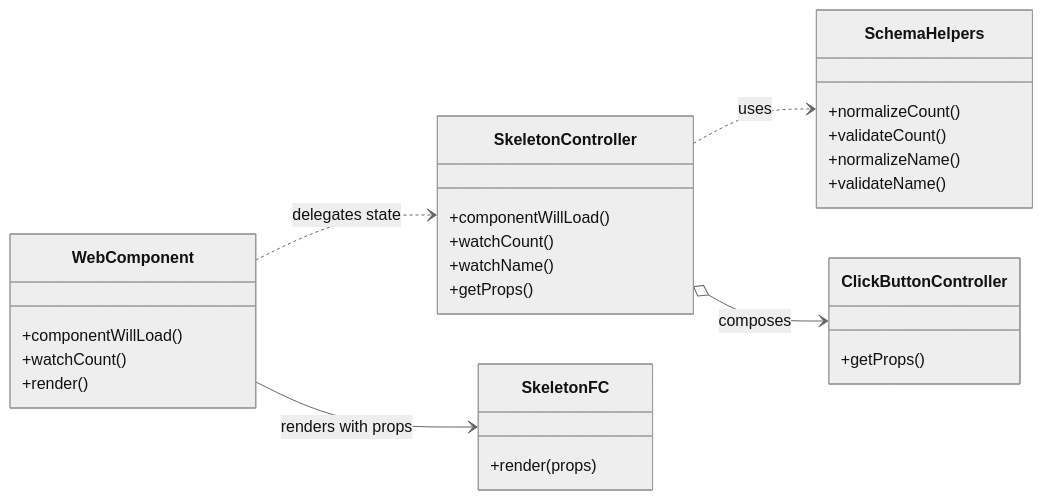
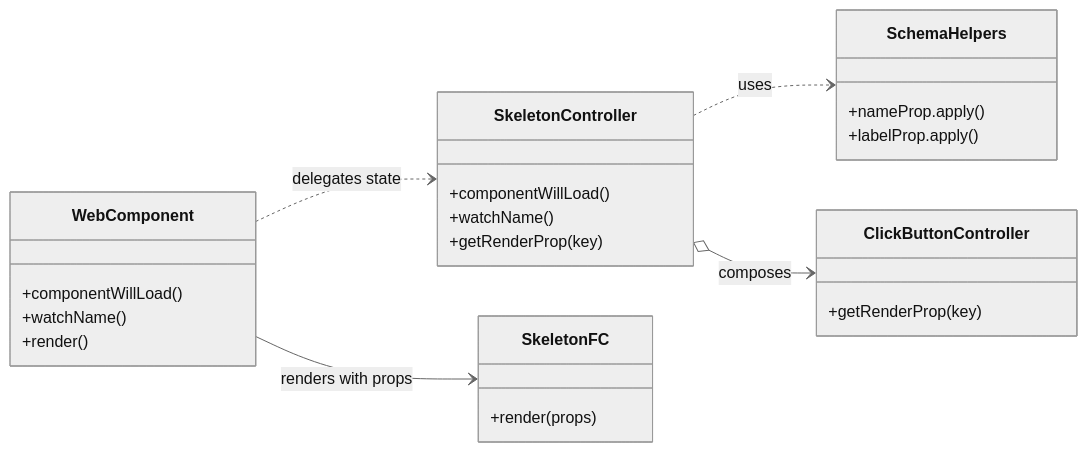
The second of 3 diagrams in packages/components/src/components/_skeleton/ARC42.md (public-ui/kolibri), drawn with Mermaid (neutral theme) before and after one commit. The commit also changed other lines of this file and 25 other files, not shown here.

First line of the commit message:
refactor: Enhance component architecture by introducing BaseWebComponent

````diff
--- a/packages/components/src/components/_skeleton/ARC42.md
+++ b/packages/components/src/components/_skeleton/ARC42.md
@@ -355,31 +405,28 @@
 ```mermaid
 classDiagram
     direction LR
     class WebComponent {
         +componentWillLoad()
-        +watchCount()
+        +watchName()
         +render()
     }
     class SkeletonController {
         +componentWillLoad()
-        +watchCount()
         +watchName()
-        +getProps()
+        +getRenderProp(key)
     }
     class SkeletonFC {
         +render(props)
     }
     class SchemaHelpers {
-        +normalizeCount()
-        +validateCount()
-        +normalizeName()
-        +validateName()
+        +nameProp.apply()
+        +labelProp.apply()
     }
     class ClickButtonController {
-        +getProps()
+        +getRenderProp(key)
     }
     WebComponent ..> SkeletonController : delegates state
     WebComponent --> SkeletonFC : renders with props
     SkeletonController ..> SchemaHelpers : uses
     SkeletonController o--> ClickButtonController : composes
 ```
````
